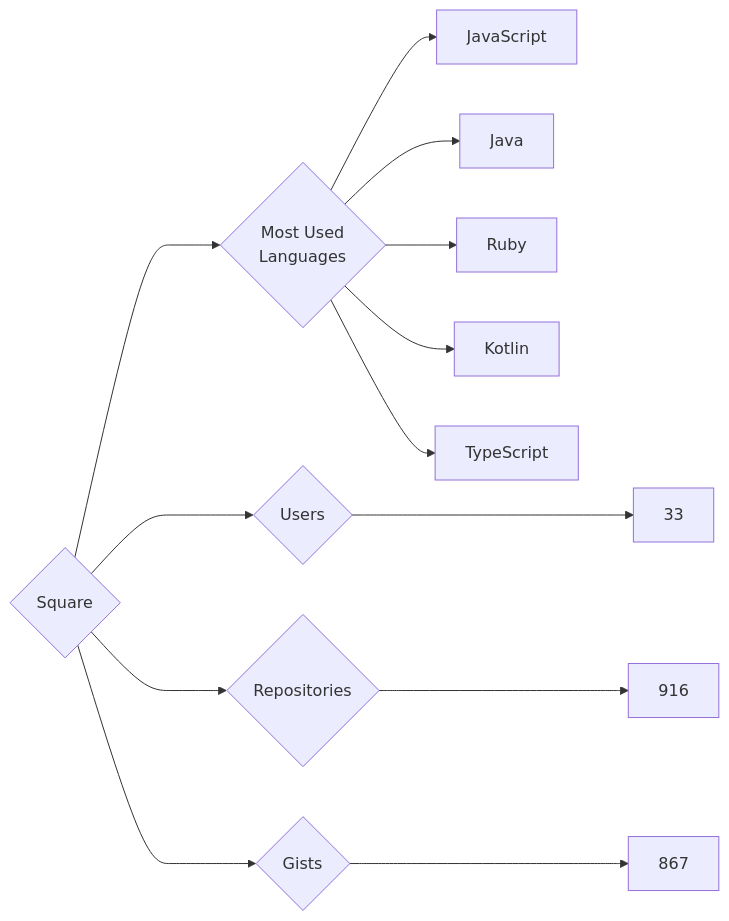
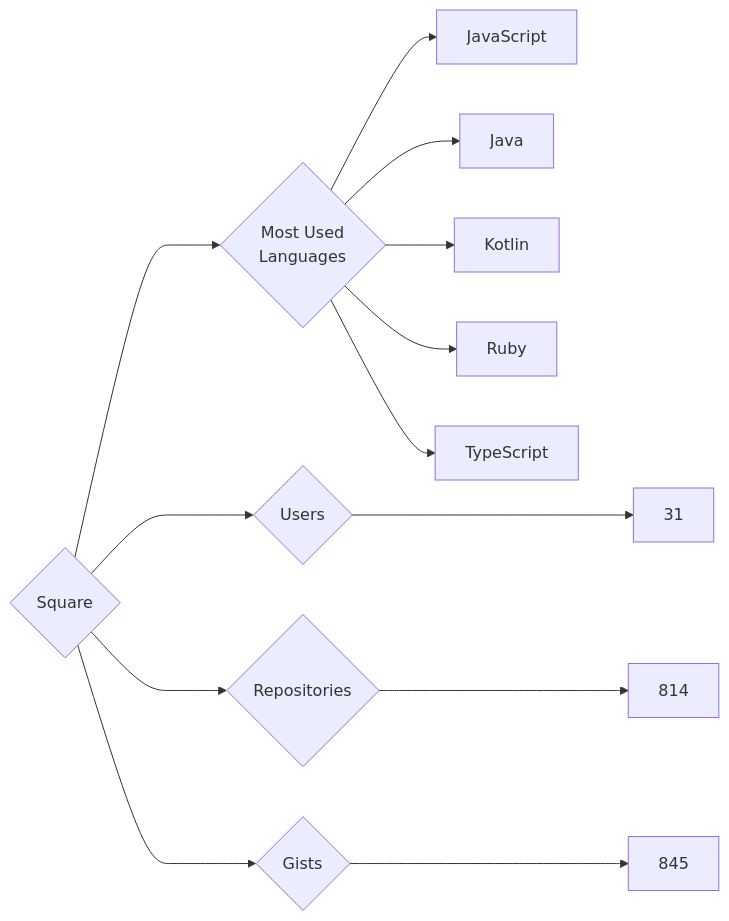
One commit to trickest/insiders changed the diagram in targets/Square/README.md. Above: the diagram before and after it, drawn with Mermaid. The commit also changed 976 other files, not shown here.

````diff
--- a/targets/Square/README.md
+++ b/targets/Square/README.md
@@ -3,13 +3,13 @@
 ```mermaid
 graph LR
 COMPANY_NAME{Square}
-COMPANY_NAME ---> U{Users} ---> UN[33]
-COMPANY_NAME ---> R{Repositories} ---> RN[916]
-COMPANY_NAME ---> G{Gists} ---> GN[867]
+COMPANY_NAME ---> U{Users} ---> UN[31]
+COMPANY_NAME ---> R{Repositories} ---> RN[814]
+COMPANY_NAME ---> G{Gists} ---> GN[845]
 COMPANY_NAME ---> ML{Most Used<br>Languages}
 ML --> JavaScript[JavaScript]
 ML --> Java[Java]
+ML --> Kotlin[Kotlin]
 ML --> Ruby[Ruby]
-ML --> Kotlin[Kotlin]
 ML --> TypeScript[TypeScript]
 ```
````
